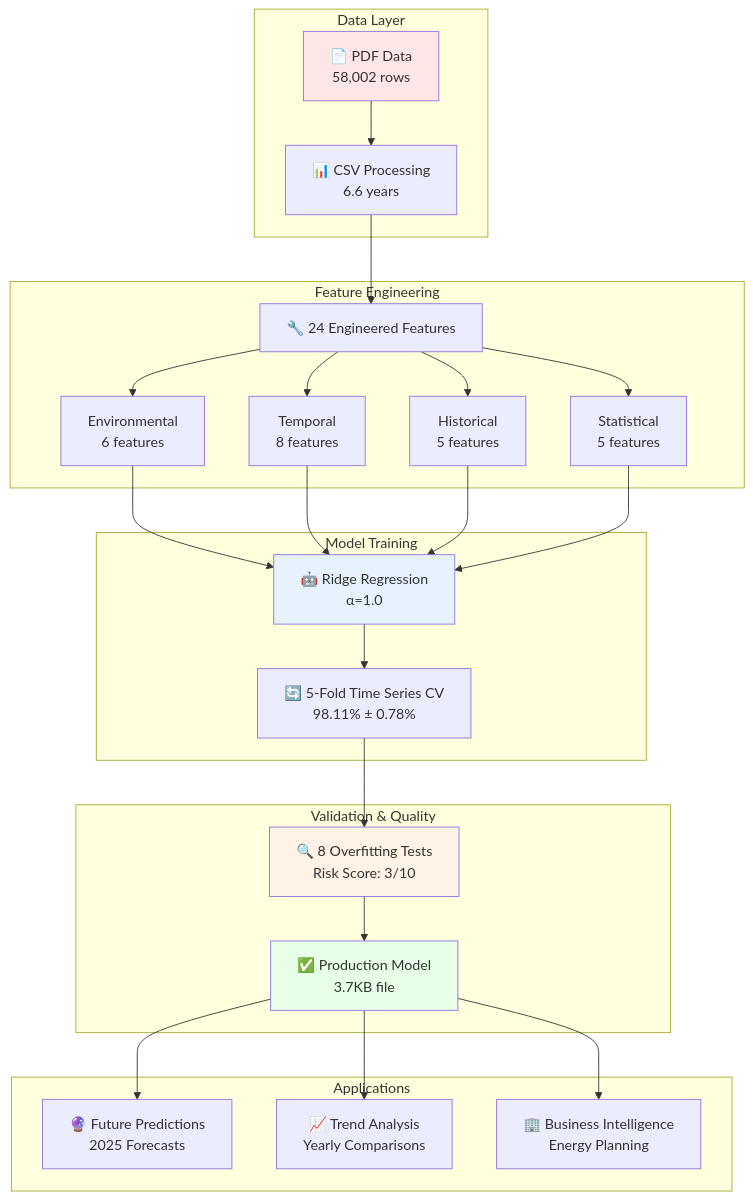
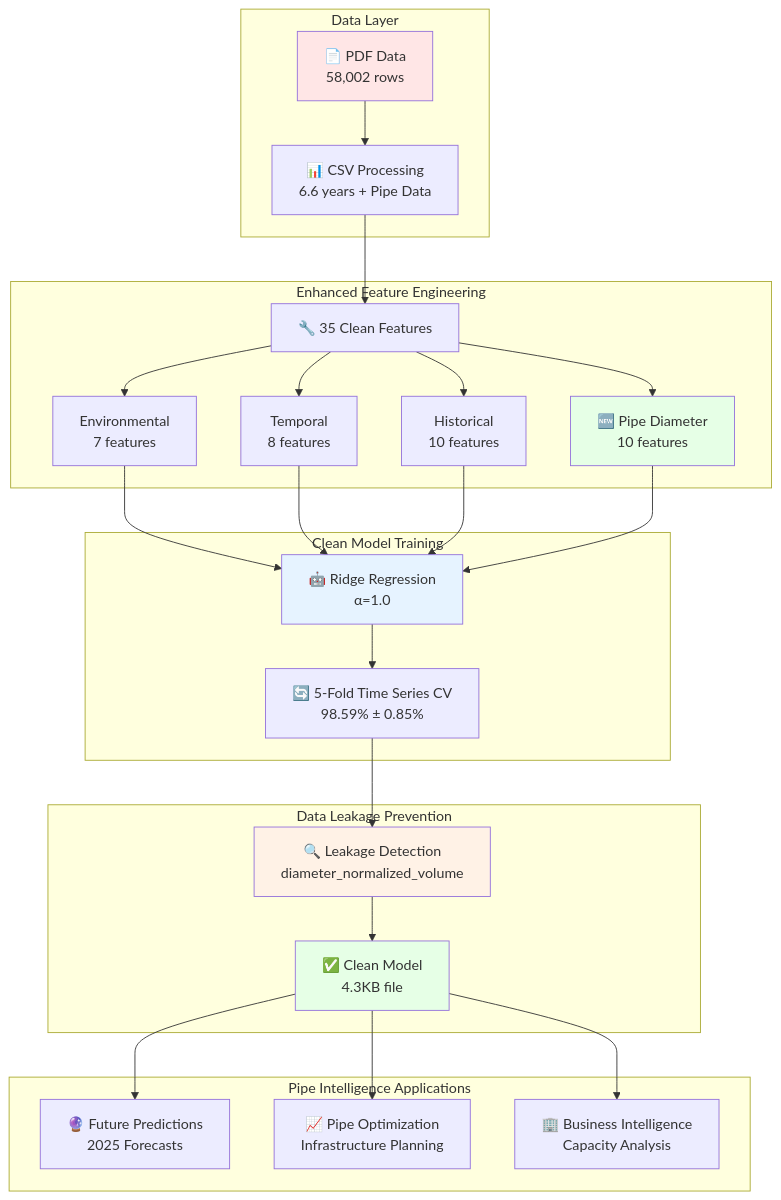
One commit to GameHelix/centipede changed the first of 13 diagrams in README.md. Above: the diagram before and after it, drawn with Mermaid. The commit also changed other lines of this file, not shown here.

````diff
--- a/README.md
+++ b/README.md
@@ -11,38 +11,39 @@
 ```mermaid
 graph TB
     subgraph "Data Layer"
-        A[📄 PDF Data<br/>58,002 rows] --> B[📊 CSV Processing<br/>6.6 years]
+        A[📄 PDF Data<br/>58,002 rows] --> B[📊 CSV Processing<br/>6.6 years + Pipe Data]
     end
     
-    subgraph "Feature Engineering"
-        B --> C[🔧 24 Engineered Features]
-        C --> D[Environmental<br/>6 features]
+    subgraph "Enhanced Feature Engineering"
+        B --> C[🔧 35 Clean Features]
+        C --> D[Environmental<br/>7 features]
         C --> E[Temporal<br/>8 features] 
-        C --> F[Historical<br/>5 features]
-        C --> G[Statistical<br/>5 features]
+        C --> F[Historical<br/>10 features]
+        C --> G[🆕 Pipe Diameter<br/>10 features]
     end
     
-    subgraph "Model Training"
+    subgraph "Clean Model Training"
         D --> H[🤖 Ridge Regression<br/>α=1.0]
         E --> H
         F --> H
         G --> H
-        H --> I[🔄 5-Fold Time Series CV<br/>98.11% ± 0.78%]
+        H --> I[🔄 5-Fold Time Series CV<br/>98.59% ± 0.85%]
     end
     
-    subgraph "Validation & Quality"
-        I --> J[🔍 8 Overfitting Tests<br/>Risk Score: 3/10]
-        J --> K[✅ Production Model<br/>3.7KB file]
+    subgraph "Data Leakage Prevention"
+        I --> J[🔍 Leakage Detection<br/>diameter_normalized_volume]
+        J --> K[✅ Clean Model<br/>4.3KB file]
     end
     
-    subgraph "Applications"
+    subgraph "Pipe Intelligence Applications"
         K --> L[🔮 Future Predictions<br/>2025 Forecasts]
-        K --> M[📈 Trend Analysis<br/>Yearly Comparisons]
-        K --> N[🏢 Business Intelligence<br/>Energy Planning]
+        K --> M[📈 Pipe Optimization<br/>Infrastructure Planning]
+        K --> N[🏢 Business Intelligence<br/>Capacity Analysis]
     end
     
     style A fill:#ffe6e6
     style H fill:#e6f3ff
     style K fill:#e6ffe6
     style J fill:#fff2e6
+    style G fill:#e6ffe6
 ```
````
